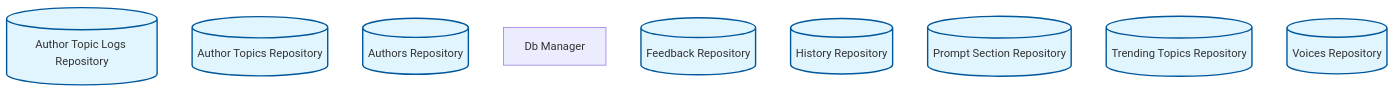
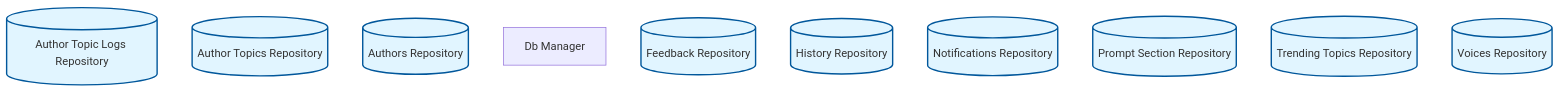
One commit to rpnunez/wp-ai-scheduler changed the eighth of 10 diagrams in docs/feature-report.md. Above: the diagram before and after it, drawn with Mermaid. The commit also changed other lines of this file, not shown here.

````diff
--- a/docs/feature-report.md
+++ b/docs/feature-report.md
@@ -336,20 +340,21 @@
 ```mermaid
 flowchart TD
     %% Database Architecture
 
     Author_Topic_Logs_Repository[("Author Topic Logs Repository")]
     Author_Topics_Repository[("Author Topics Repository")]
     Authors_Repository[("Authors Repository")]
     DB_Manager["Db Manager"]
     Feedback_Repository[("Feedback Repository")]
     History_Repository[("History Repository")]
+    Notifications_Repository[("Notifications Repository")]
     Prompt_Section_Repository[("Prompt Section Repository")]
     Trending_Topics_Repository[("Trending Topics Repository")]
     Voices_Repository[("Voices Repository")]
 
 
     classDef repository fill:#e1f5ff,stroke:#01579b,stroke-width:2px
     classDef service fill:#fff3e0,stroke:#e65100,stroke-width:2px
     classDef controller fill:#f3e5f5,stroke:#4a148c,stroke-width:2px
-    class Author_Topic_Logs_Repository,Author_Topics_Repository,Authors_Repository,Feedback_Repository,History_Repository,Prompt_Section_Repository,Trending_Topics_Repository,Voices_Repository repository
+    class Author_Topic_Logs_Repository,Author_Topics_Repository,Authors_Repository,Feedback_Repository,History_Repository,Notifications_Repository,Prompt_Section_Repository,Trending_Topics_Repository,Voices_Repository repository
 ```
````
